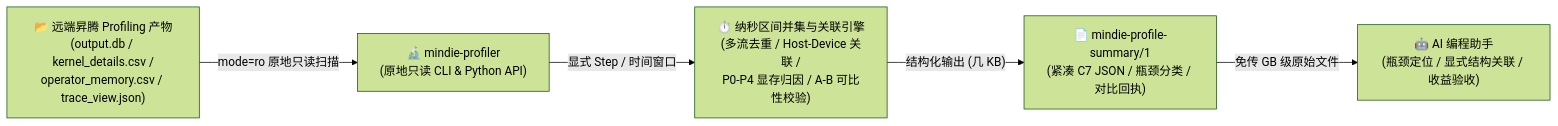
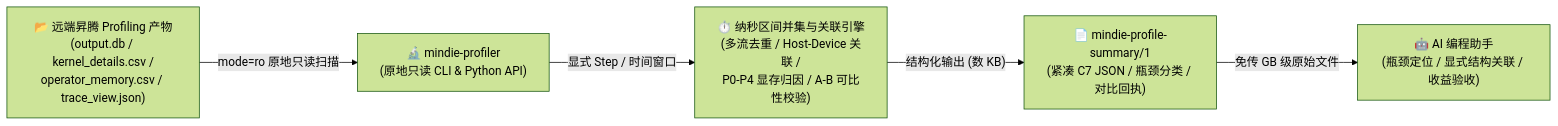
Before and after one commit to mindie-agent/profiler: the diagram in README.md, drawn with Mermaid (forest theme). The commit also changed other lines of this file and 300 other files, not shown here.

````diff
--- a/README.md
+++ b/README.md
@@ -42,13 +42,13 @@
 ```mermaid
 flowchart LR
     Artifacts["📂 远端昇腾 Profiling 产物<br/>(output.db / kernel_details.csv /<br/>operator_memory.csv / trace_view.json)"]
     CLI["🔬 mindie-profiler<br/>(原地只读 CLI & Python API)"]
     Union["⏱️ 纳秒区间并集与关联引擎<br/>(多流去重 / Host-Device 关联 /<br/>P0-P4 显存归因 / A-B 可比性校验)"]
     C7["📄 mindie-profile-summary/1<br/>(紧凑 C7 JSON / 瓶颈分类 / 对比回执)"]
     Consumer["🤖 AI 编程助手<br/>(瓶颈定位 / 显式结构关联 / 收益验收)"]
 
     Artifacts -->|"mode=ro 原地只读扫描"| CLI
     CLI -->|"显式 Step / 时间窗口"| Union
-    Union -->|"结构化输出 (几 KB)"| C7
+    Union -->|"结构化输出 (数 KB)"| C7
     C7 -->|"免传 GB 级原始文件"| Consumer
 ```
````
